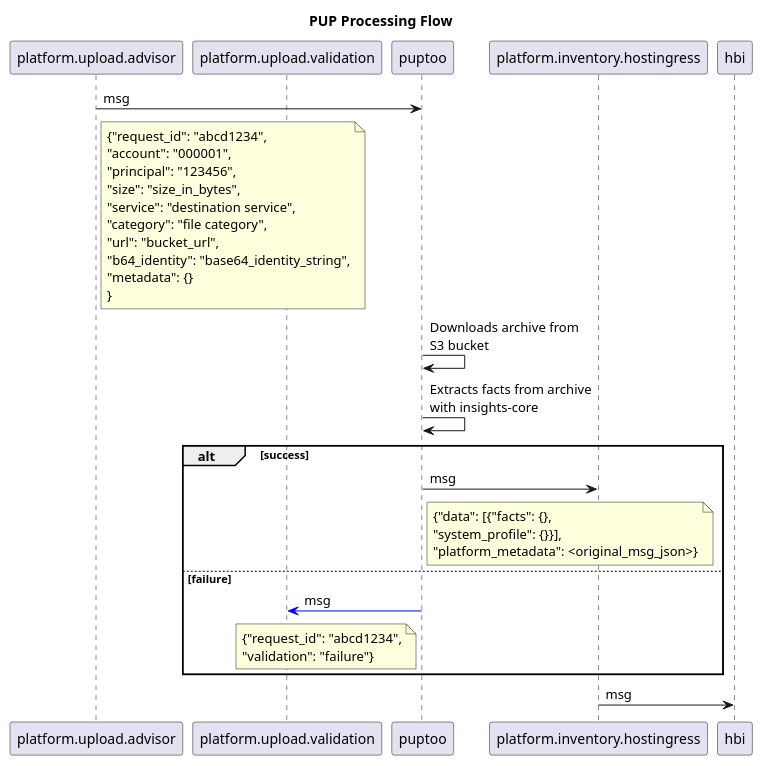
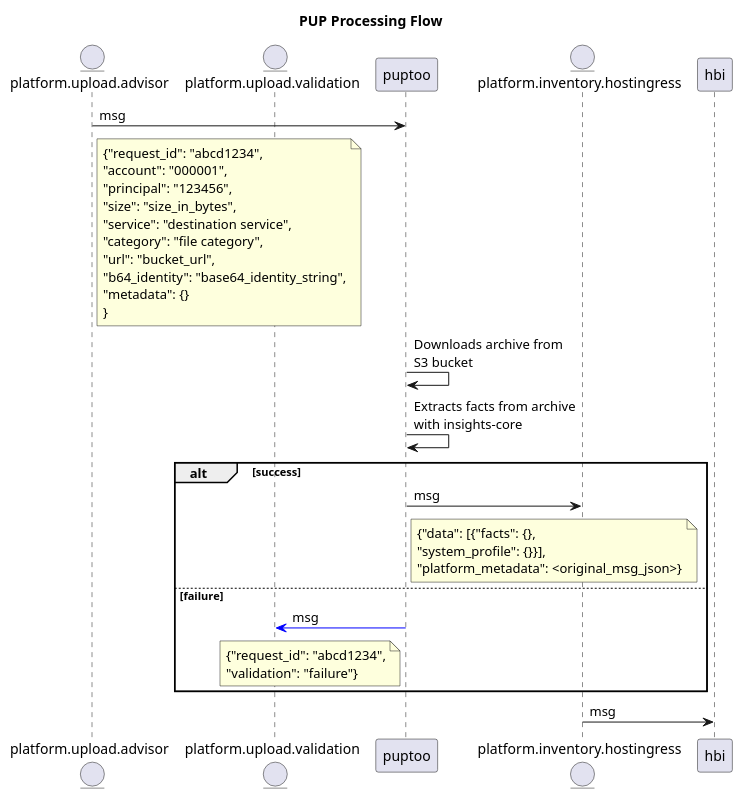
One commit to RedHatInsights/insights-puptoo changed the diagram in sequence.puml. Above: the diagram before and after it, drawn with PlantUML. The commit also changed 1 other file, not shown here.

Commit message:
Change components in sequence diagram
topics now appear as entities rather than participants. Makes things a
bit more clear

```diff
--- a/sequence.puml
+++ b/sequence.puml
@@ -1,20 +1,20 @@
 @startuml
 title PUP Processing Flow
-participant platform.upload.advisor
-participant platform.upload.validation
+entity platform.upload.advisor
+entity platform.upload.validation
 participant puptoo
-participant platform.inventory.hostingress
+entity platform.inventory.hostingress
 participant hbi
 platform.upload.advisor->puptoo: msg
 Note right of platform.upload.advisor: {"request_id": "abcd1234",\n"account": "000001",\n"principal": "123456",\n"size": "size_in_bytes",\n"service": "destination service",\n"category": "file category",\n"url": "bucket_url",\n"b64_identity": "base64_identity_string",\n"metadata": {}\n}
 puptoo->puptoo: Downloads archive from\nS3 bucket
 puptoo->puptoo: Extracts facts from archive\nwith insights-core
 alt success
     puptoo->platform.inventory.hostingress: msg
     Note right of puptoo: {"data": [{"facts": {},\n"system_profile": {}}],\n"platform_metadata": <original_msg_json>}
 else failure
     puptoo[#0000FF]->platform.upload.validation: msg
     Note left of puptoo: {"request_id": "abcd1234",\n"validation": "failure"}
 end
 platform.inventory.hostingress->hbi: msg
 @enduml
```
